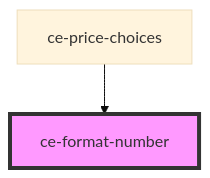
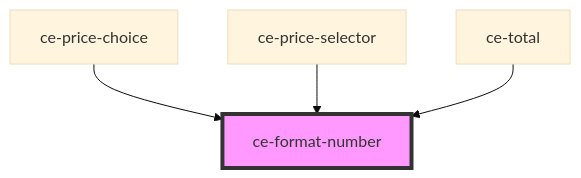
One commit to surecart/surecart-wp-plugin changed the diagram in packages/components/src/components/util/format-number/readme.md. Above: the diagram before and after it, drawn with Mermaid (base theme). The commit also changed other lines of this file and 73 other files, not shown here.

````diff
--- a/packages/components/src/components/util/format-number/readme.md
+++ b/packages/components/src/components/util/format-number/readme.md
@@ -33,5 +35,7 @@
 ```mermaid
 graph TD;
-  ce-price-choices --> ce-format-number
+  ce-price-choice --> ce-format-number
+  ce-price-selector --> ce-format-number
+  ce-total --> ce-format-number
   style ce-format-number fill:#f9f,stroke:#333,stroke-width:4px
 ```
````
